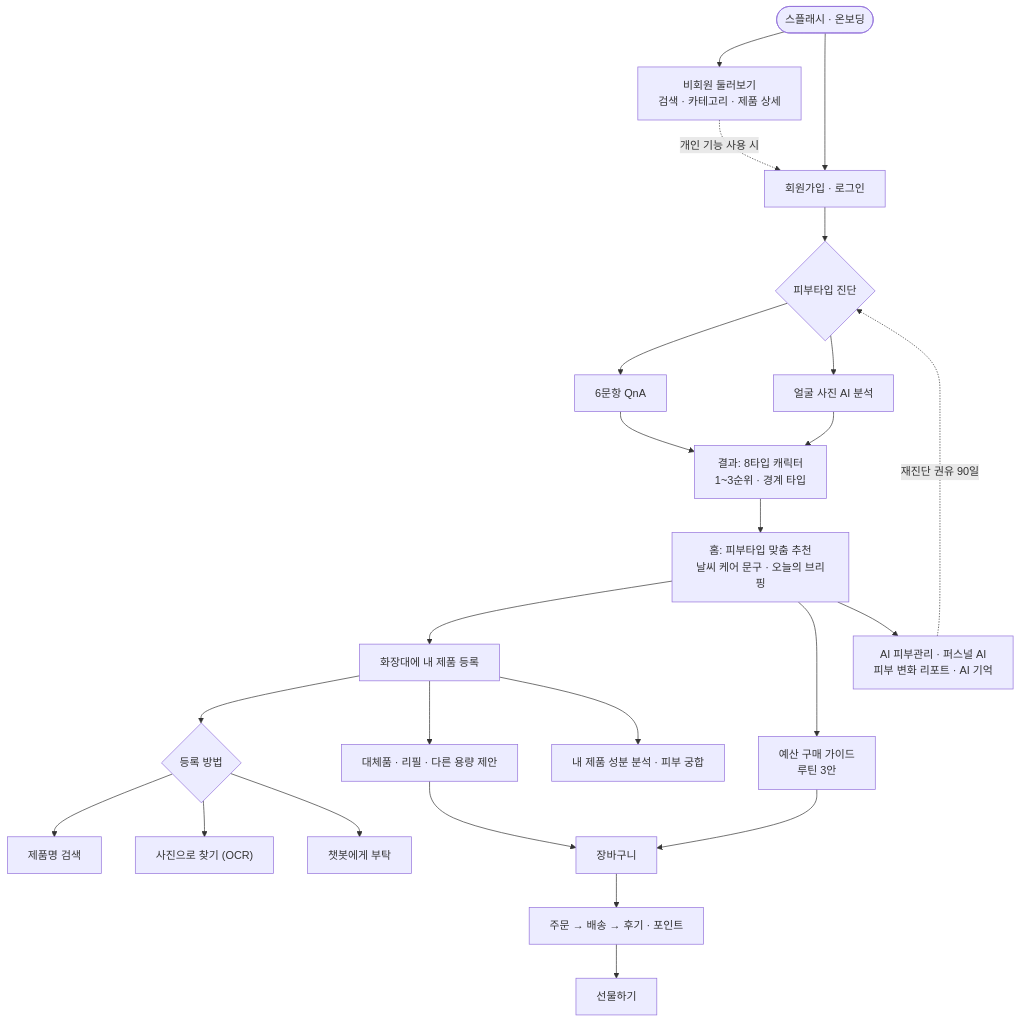
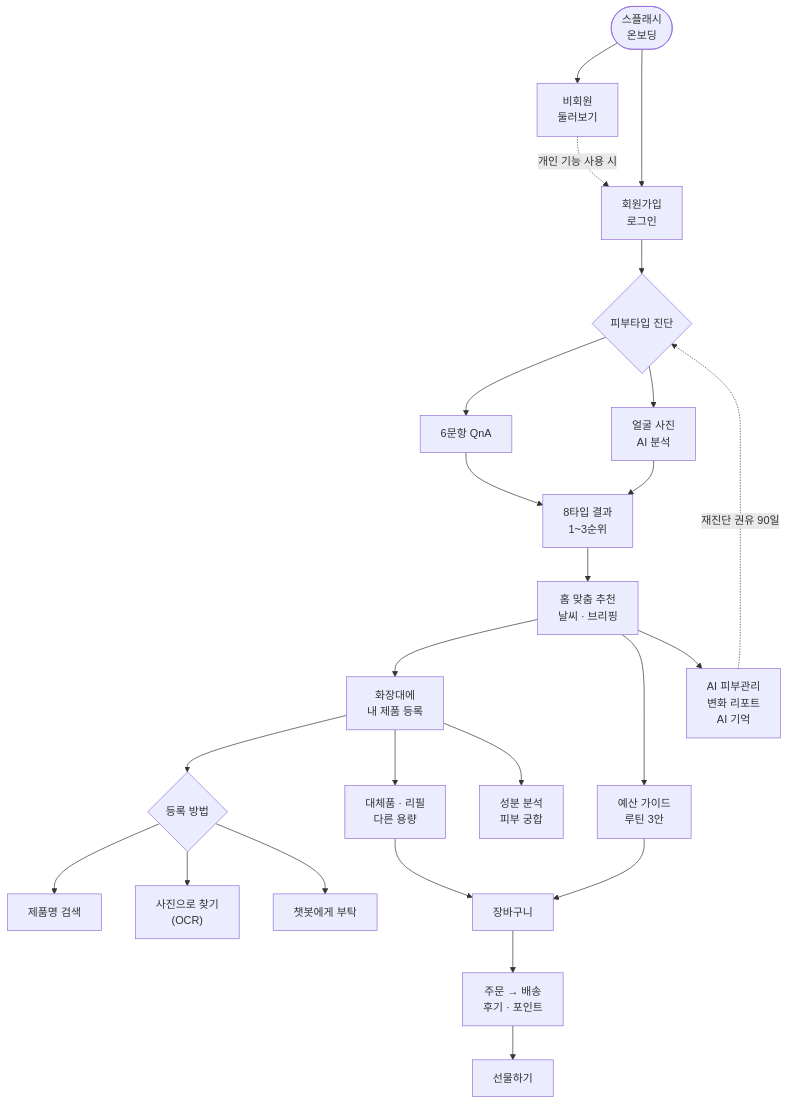
Before and after one commit to EunSeong-Jo/capstone: the fifth of 9 diagrams in docs/architecture/diagrams.md, drawn with Mermaid. The commit also changed other lines of this file and 1 other file, not shown here.

````diff
--- a/docs/architecture/diagrams.md
+++ b/docs/architecture/diagrams.md
@@ -148,31 +152,31 @@
 ```mermaid
 flowchart TD
-    START(["스플래시 · 온보딩"]) --> GUEST["비회원 둘러보기<br/>검색 · 카테고리 · 제품 상세"]
-    START --> AUTH["회원가입 · 로그인"]
+    START(["스플래시<br/>온보딩"]) --> GUEST["비회원<br/>둘러보기"]
+    START --> AUTH["회원가입<br/>로그인"]
     GUEST -. 개인 기능 사용 시 .-> AUTH
 
     AUTH --> DIAG{"피부타입 진단"}
     DIAG --> QNA["6문항 QnA"]
-    DIAG --> PHOTO["얼굴 사진 AI 분석"]
-    QNA --> RESULT["결과: 8타입 캐릭터<br/>1~3순위 · 경계 타입"]
+    DIAG --> PHOTO["얼굴 사진<br/>AI 분석"]
+    QNA --> RESULT["8타입 결과<br/>1~3순위"]
     PHOTO --> RESULT
 
-    RESULT --> HOME["홈: 피부타입 맞춤 추천<br/>날씨 케어 문구 · 오늘의 브리핑"]
-    HOME --> CLOSET["화장대에 내 제품 등록"]
+    RESULT --> HOME["홈 맞춤 추천<br/>날씨 · 브리핑"]
+    HOME --> CLOSET["화장대에<br/>내 제품 등록"]
     CLOSET --> ADD{"등록 방법"}
     ADD --> SEARCH["제품명 검색"]
-    ADD --> SCAN["사진으로 찾기 (OCR)"]
+    ADD --> SCAN["사진으로 찾기<br/>(OCR)"]
     ADD --> CHAT["챗봇에게 부탁"]
 
-    CLOSET --> ALT["대체품 · 리필 · 다른 용량 제안"]
-    CLOSET --> ANALYSIS["내 제품 성분 분석 · 피부 궁합"]
-    HOME --> BUDGET["예산 구매 가이드<br/>루틴 3안"]
+    CLOSET --> ALT["대체품 · 리필<br/>다른 용량"]
+    CLOSET --> ANALYSIS["성분 분석<br/>피부 궁합"]
+    HOME --> BUDGET["예산 가이드<br/>루틴 3안"]
 
     ALT --> CART["장바구니"]
     BUDGET --> CART
-    CART --> ORDER["주문 → 배송 → 후기 · 포인트"]
+    CART --> ORDER["주문 → 배송<br/>후기 · 포인트"]
     ORDER --> GIFT["선물하기"]
 
-    HOME --> AI["AI 피부관리 · 퍼스널 AI<br/>피부 변화 리포트 · AI 기억"]
+    HOME --> AI["AI 피부관리<br/>변화 리포트<br/>AI 기억"]
     AI -. 재진단 권유 90일 .-> DIAG
 ```
````
